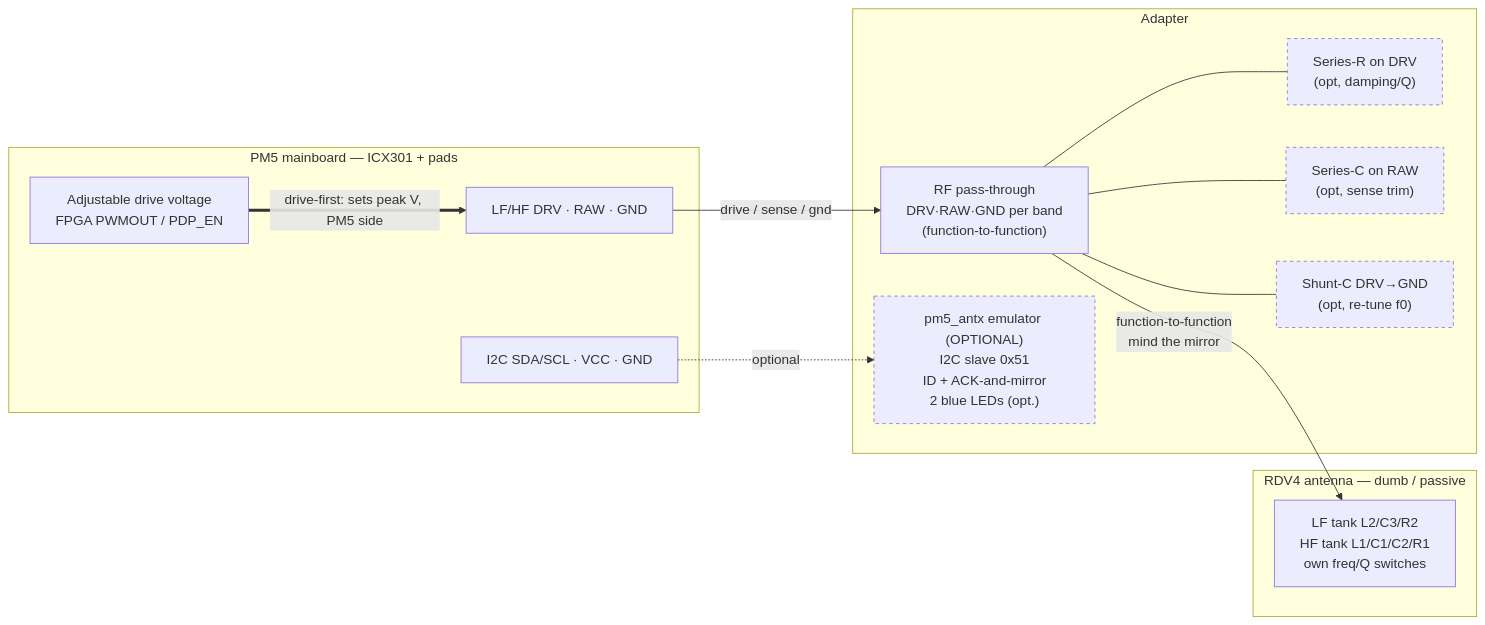
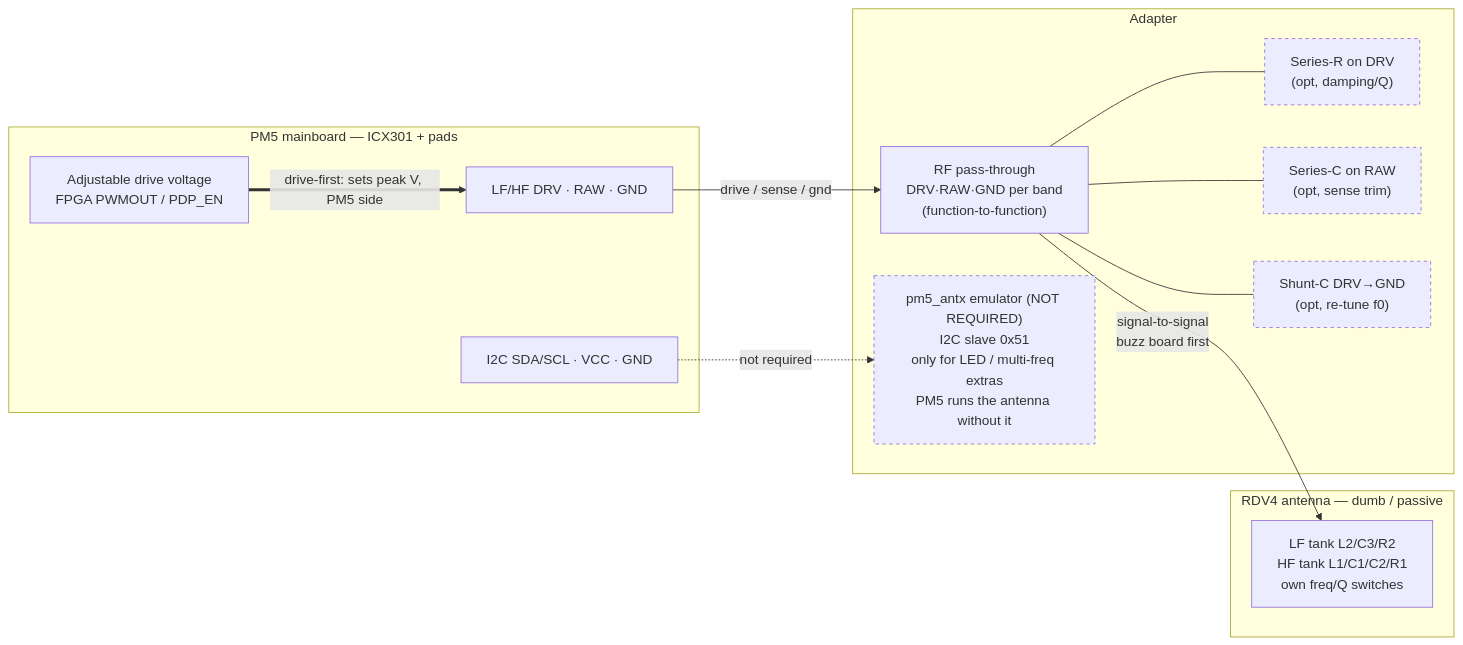
One commit to nemanjan00/pm5-rdv4-antenna-adapter changed the first of 2 diagrams in README.md. Above: the diagram before and after it, drawn with Mermaid. The commit also changed other lines of this file, not shown here.

Commit message:
Fix PM5 pin-order contradiction (flag unverified); add Q/voltage labels, provenance; I2C not required per DXL

````diff
--- a/README.md
+++ b/README.md
@@ -117,31 +131,31 @@
 ```mermaid
 flowchart LR
     subgraph PM5["PM5 mainboard — ICX301 + pads"]
         RF_OUT["LF/HF DRV · RAW · GND"]
         CTRL_OUT["I2C SDA/SCL · VCC · GND"]
         BOOST["Adjustable drive voltage<br/>FPGA PWMOUT / PDP_EN"]
     end
 
     subgraph ADAPTER["Adapter"]
         RFPATH["RF pass-through<br/>DRV·RAW·GND per band<br/>(function-to-function)"]
         RSER["Series-R on DRV<br/>(opt, damping/Q)"]
         CSER["Series-C on RAW<br/>(opt, sense trim)"]
         CTRIM["Shunt-C DRV→GND<br/>(opt, re-tune f0)"]
-        EMU["pm5_antx emulator (OPTIONAL)<br/>I2C slave 0x51<br/>ID + ACK-and-mirror<br/>2 blue LEDs (opt.)"]
+        EMU["pm5_antx emulator (NOT REQUIRED)<br/>I2C slave 0x51<br/>only for LED / multi-freq extras<br/>PM5 runs the antenna without it"]
     end
 
     subgraph RDV4["RDV4 antenna — dumb / passive"]
         TANK["LF tank L2/C3/R2<br/>HF tank L1/C1/C2/R1<br/>own freq/Q switches"]
     end
 
     RF_OUT -->|"drive / sense / gnd"| RFPATH
     RFPATH --- RSER
     RFPATH --- CSER
     RFPATH --- CTRIM
-    RFPATH -->|"function-to-function<br/>mind the mirror"| TANK
-    CTRL_OUT -.->|"optional"| EMU
+    RFPATH -->|"signal-to-signal<br/>buzz board first"| TANK
+    CTRL_OUT -.->|"not required"| EMU
     BOOST ==>|"drive-first: sets peak V, PM5 side"| RF_OUT
 
     classDef opt stroke-dasharray:4 4;
     class EMU,RSER,CSER,CTRIM opt;
 ```
````
